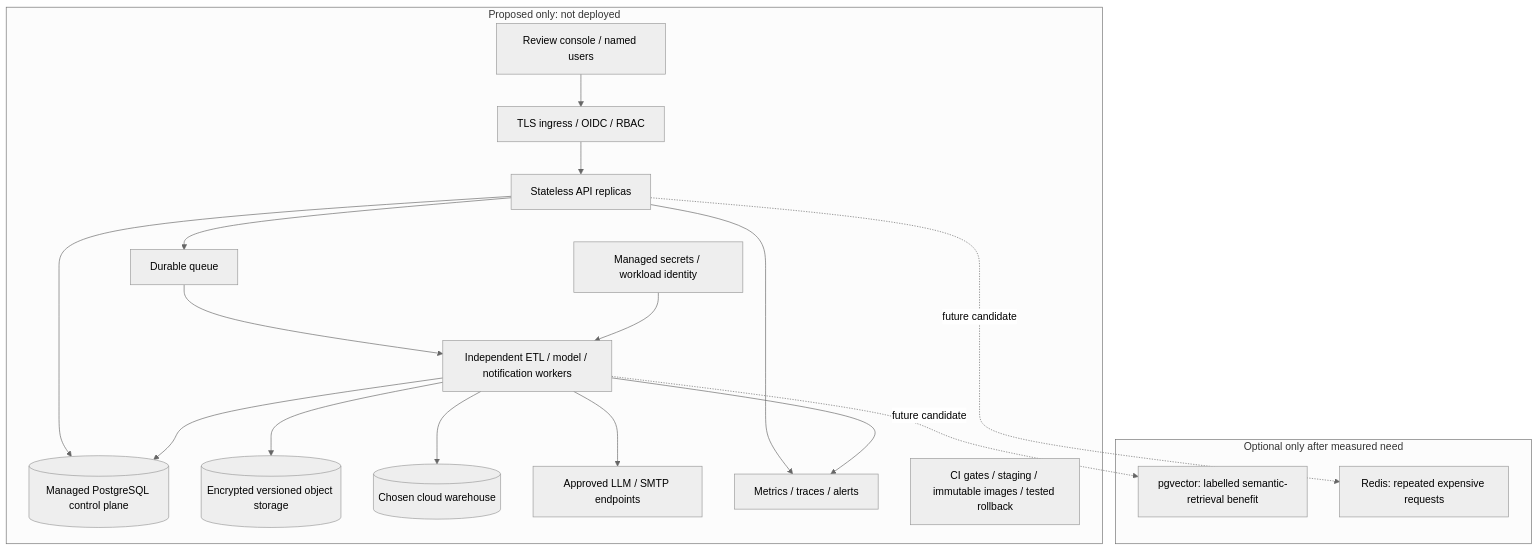
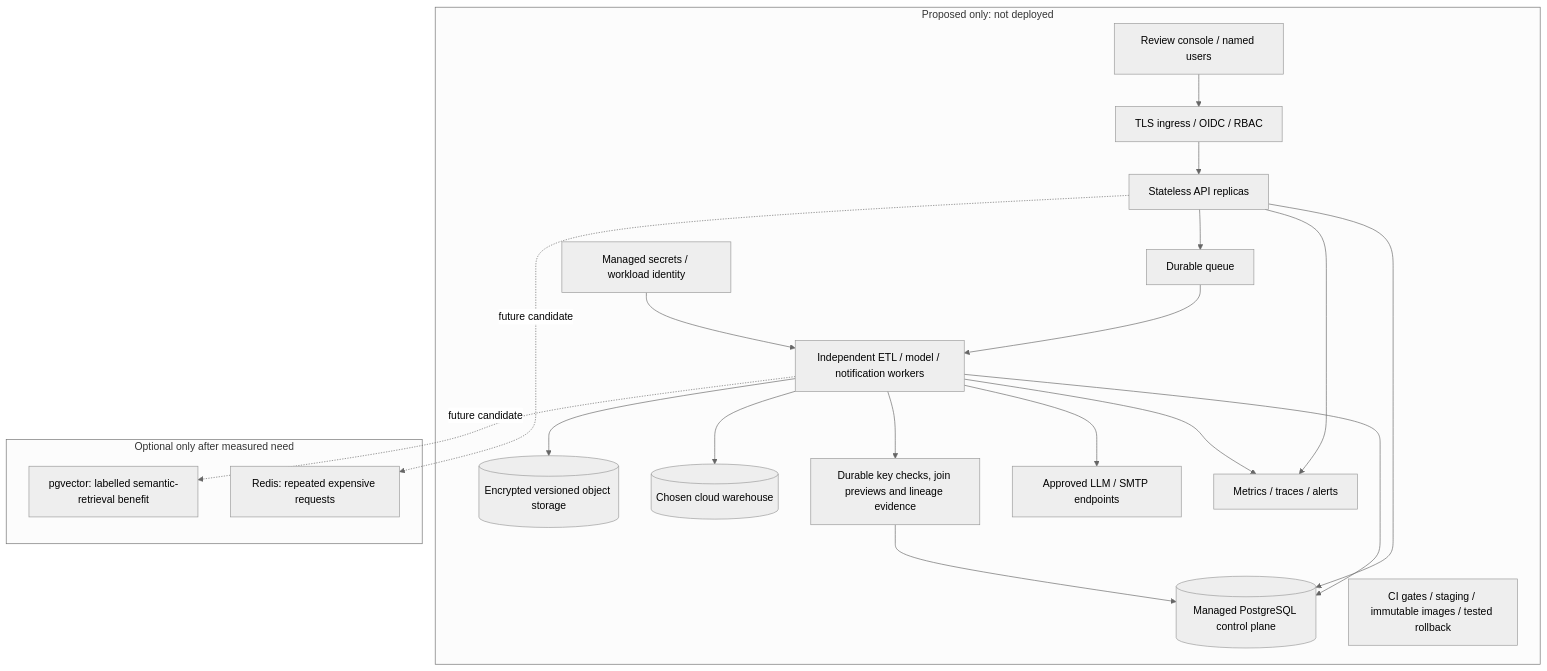
The diagram in GenAI_ETL_Pipeline/static/documentation/diagrams/architecture-cloud-target.mmd (vineethvictor25/BodhAI), drawn with Mermaid (neutral theme) before and after one commit. The commit also changed 79 other files, not shown here.

```diff
--- a/GenAI_ETL_Pipeline/static/documentation/diagrams/architecture-cloud-target.mmd
+++ b/GenAI_ETL_Pipeline/static/documentation/diagrams/architecture-cloud-target.mmd
@@ -1,22 +1,24 @@
 flowchart TB
   subgraph FUTURE[Proposed only: not deployed]
     UI[Review console / named users] --> ID[TLS ingress / OIDC / RBAC]
     ID --> API[Stateless API replicas]
     API --> PG[(Managed PostgreSQL control plane)]
     API --> Q[Durable queue]
     Q --> W[Independent ETL / model / notification workers]
     W --> PG
     W --> OBJ[(Encrypted versioned object storage)]
     W --> WH[(Chosen cloud warehouse)]
+    W --> E[Durable key checks, join previews and lineage evidence]
+    E --> PG
     W --> EXT[Approved LLM / SMTP endpoints]
     SEC[Managed secrets / workload identity] --> W
     API --> OBS[Metrics / traces / alerts]
     W --> OBS
     RELEASE[CI gates / staging / immutable images / tested rollback]
   end
   subgraph LATER[Optional only after measured need]
     VEC[pgvector: labelled semantic-retrieval benefit]
     CACHE[Redis: repeated expensive requests]
   end
   W -. future candidate .-> VEC
   API -. future candidate .-> CACHE
```
